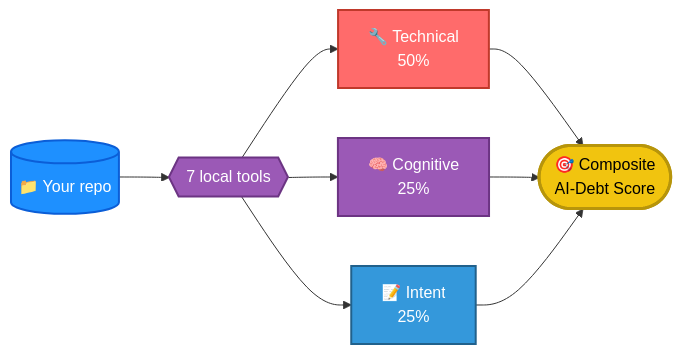
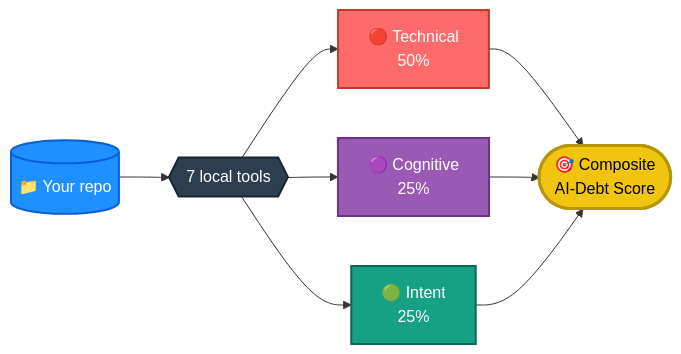
One commit to aniruddhavasudev/ai-debt-audit changed the diagram in README.md. Above: the diagram before and after it, drawn with Mermaid. The commit also changed other lines of this file, not shown here.

````diff
--- a/README.md
+++ b/README.md
@@ -66,24 +81,24 @@
 ```mermaid
 flowchart LR
     R[("📁 Your repo")] --> S{{"7 local tools"}}
-    S --> T["🔧 Technical<br/>50%"]
-    S --> C["🧠 Cognitive<br/>25%"]
-    S --> I["📝 Intent<br/>25%"]
+    S --> T["🔴 Technical<br/>50%"]
+    S --> C["🟣 Cognitive<br/>25%"]
+    S --> I["🟢 Intent<br/>25%"]
     T --> X(["🎯 Composite<br/>AI-Debt Score"])
     C --> X
     I --> X
 
     classDef repo fill:#1e90ff,stroke:#0b5ed7,color:#fff,stroke-width:2px
-    classDef tools fill:#9b59b6,stroke:#6c3483,color:#fff,stroke-width:2px
+    classDef tools fill:#2c3e50,stroke:#1b2631,color:#fff,stroke-width:2px
     classDef tech fill:#ff6b6b,stroke:#c0392b,color:#fff,stroke-width:2px
     classDef cog fill:#9b59b6,stroke:#6c3483,color:#fff,stroke-width:2px
-    classDef intent fill:#3498db,stroke:#21618c,color:#fff,stroke-width:2px
+    classDef intent fill:#16a085,stroke:#0e6655,color:#fff,stroke-width:2px
     classDef score fill:#f1c40f,stroke:#b7950b,color:#000,stroke-width:3px
 
     class R repo
     class S tools
     class T tech
     class C cog
     class I intent
     class X score
 ```
````
